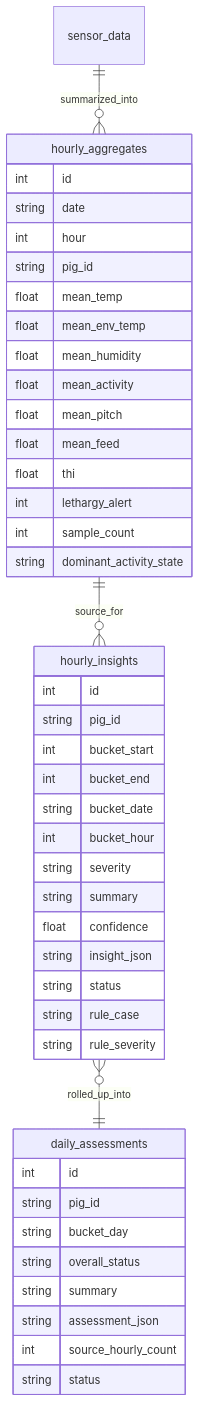
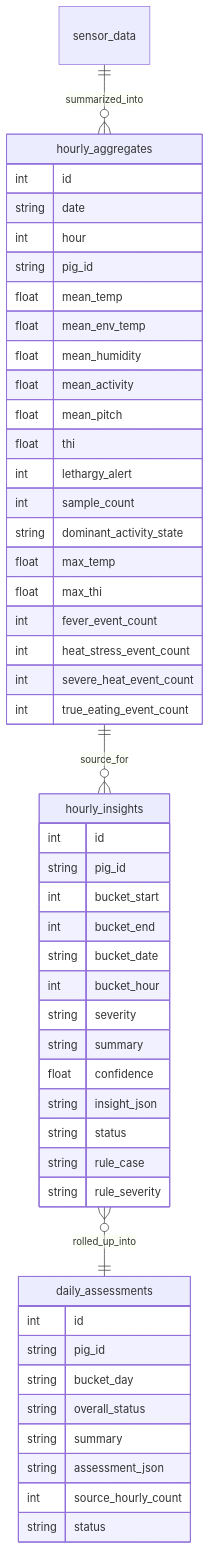
The fourth of 4 diagrams in services/ai/deterministic/README.md (aiyanm/pigfit_try), drawn with Mermaid before and after one commit. The commit also changed other lines of this file and 5 other files, not shown here.

````diff
--- a/services/ai/deterministic/README.md
+++ b/services/ai/deterministic/README.md
@@ -227,50 +231,55 @@
 ```mermaid
 erDiagram
     sensor_data ||--o{ hourly_aggregates : summarized_into
     hourly_aggregates ||--o{ hourly_insights : source_for
     hourly_insights }o--|| daily_assessments : rolled_up_into
 
     hourly_aggregates {
         int id
         string date
         int hour
         string pig_id
         float mean_temp
         float mean_env_temp
         float mean_humidity
         float mean_activity
         float mean_pitch
-        float mean_feed
         float thi
         int lethargy_alert
         int sample_count
         string dominant_activity_state
+        float max_temp
+        float max_thi
+        int fever_event_count
+        int heat_stress_event_count
+        int severe_heat_event_count
+        int true_eating_event_count
     }
 
     hourly_insights {
         int id
         string pig_id
         int bucket_start
         int bucket_end
         string bucket_date
         int bucket_hour
         string severity
         string summary
         float confidence
         string insight_json
         string status
         string rule_case
         string rule_severity
     }
 
     daily_assessments {
         int id
         string pig_id
         string bucket_day
         string overall_status
         string summary
         string assessment_json
         int source_hourly_count
         string status
     }
 ```
````
